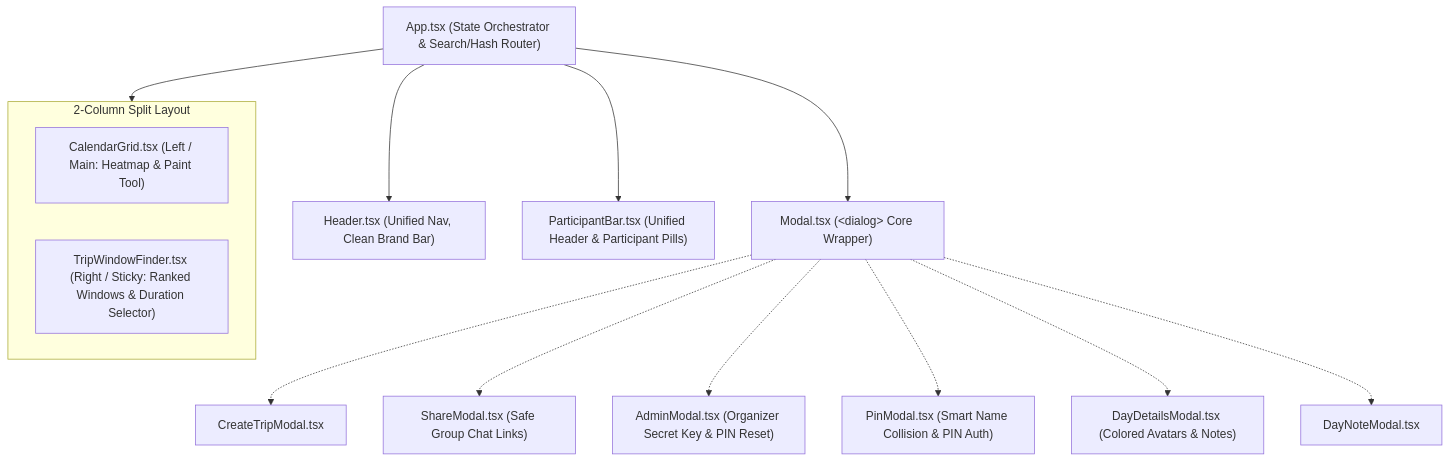
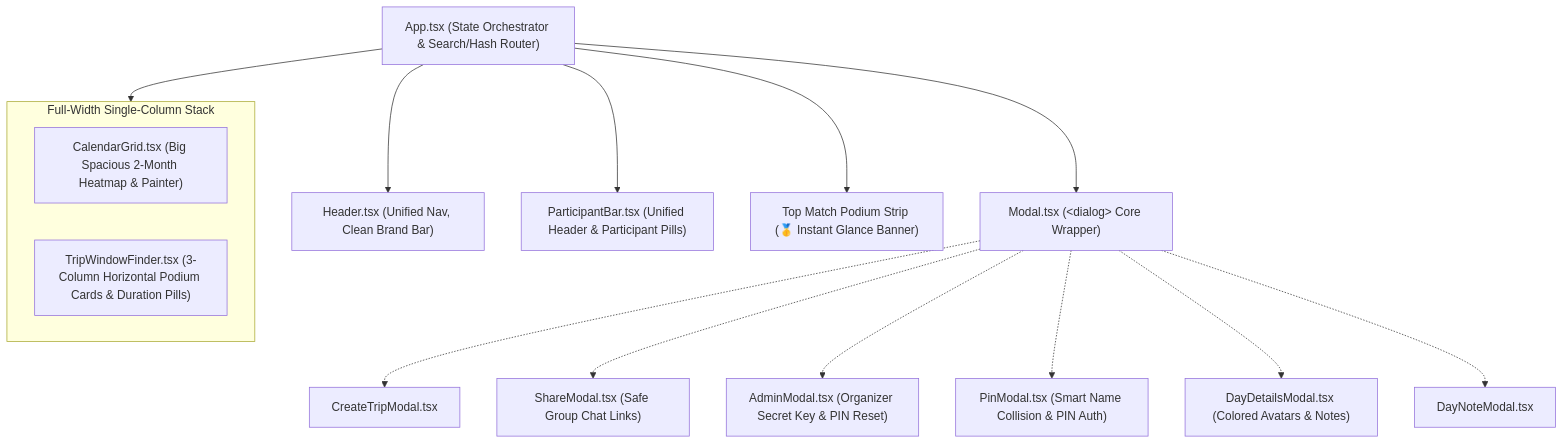
One commit to Seuguhfr/vacayfree changed the second of 2 diagrams in docs/TECHNICAL_DOCUMENTATION.md. Above: the diagram before and after it, drawn with Mermaid. The commit also changed other lines of this file, not shown here.

Commit message:
docs: update UI architecture to reflect Round 3 layout in technical documentation

````diff
--- a/docs/TECHNICAL_DOCUMENTATION.md
+++ b/docs/TECHNICAL_DOCUMENTATION.md
@@ -191,20 +198,21 @@
 ```mermaid
 graph TD
     App["App.tsx (State Orchestrator & Search/Hash Router)"]
     App --> Header["Header.tsx (Unified Nav, Clean Brand Bar)"]
     App --> ParticipantBar["ParticipantBar.tsx (Unified Header & Participant Pills)"]
+    App --> PodiumStrip["Top Match Podium Strip (🥇 Instant Glance Banner)"]
     
-    subgraph DesktopLayout["2-Column Split Layout"]
-        CalendarGrid["CalendarGrid.tsx (Left / Main: Heatmap & Paint Tool)"]
-        TripWindowFinder["TripWindowFinder.tsx (Right / Sticky: Ranked Windows & Duration Selector)"]
+    subgraph StackLayout["Full-Width Single-Column Stack"]
+        CalendarGrid["CalendarGrid.tsx (Big Spacious 2-Month Heatmap & Painter)"]
+        TripWindowFinder["TripWindowFinder.tsx (3-Column Horizontal Podium Cards & Duration Pills)"]
     end
-    App --> DesktopLayout
+    App --> StackLayout
     
     App --> Modal["Modal.tsx (&lt;dialog&gt; Core Wrapper)"]
     Modal -.-> CreateTripModal["CreateTripModal.tsx"]
     Modal -.-> ShareModal["ShareModal.tsx (Safe Group Chat Links)"]
     Modal -.-> AdminModal["AdminModal.tsx (Organizer Secret Key & PIN Reset)"]
     Modal -.-> PinModal["PinModal.tsx (Smart Name Collision & PIN Auth)"]
     Modal -.-> DayDetailsModal["DayDetailsModal.tsx (Colored Avatars & Notes)"]
     Modal -.-> DayNoteModal["DayNoteModal.tsx"]
 ```
````
